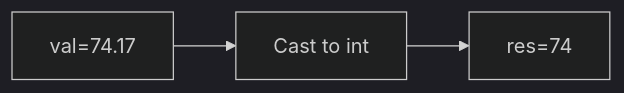
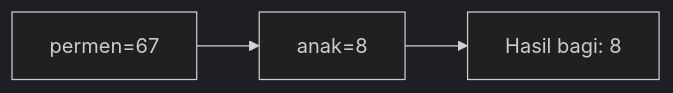
Diagram 14 of 25 in part-c-pemahaman-cpp/01-tipe-data/latihan/set-10.md (amnahwaida/OSNK_INF_PREP), drawn with Mermaid (dark theme) before and after one commit. The commit also changed other lines of this file and 71 other files, not shown here.

````diff
--- a/part-c-pemahaman-cpp/01-tipe-data/latihan/set-10.md
+++ b/part-c-pemahaman-cpp/01-tipe-data/latihan/set-10.md
@@ -432,5 +392,5 @@
 ```mermaid
 graph LR
-A["val=74.17"] --> B["Cast to int"]
-B --> C["res=74"]
+A["permen=67"] --> B["anak=8"]
+B --> C["Hasil bagi: 8"]
 ```
````
